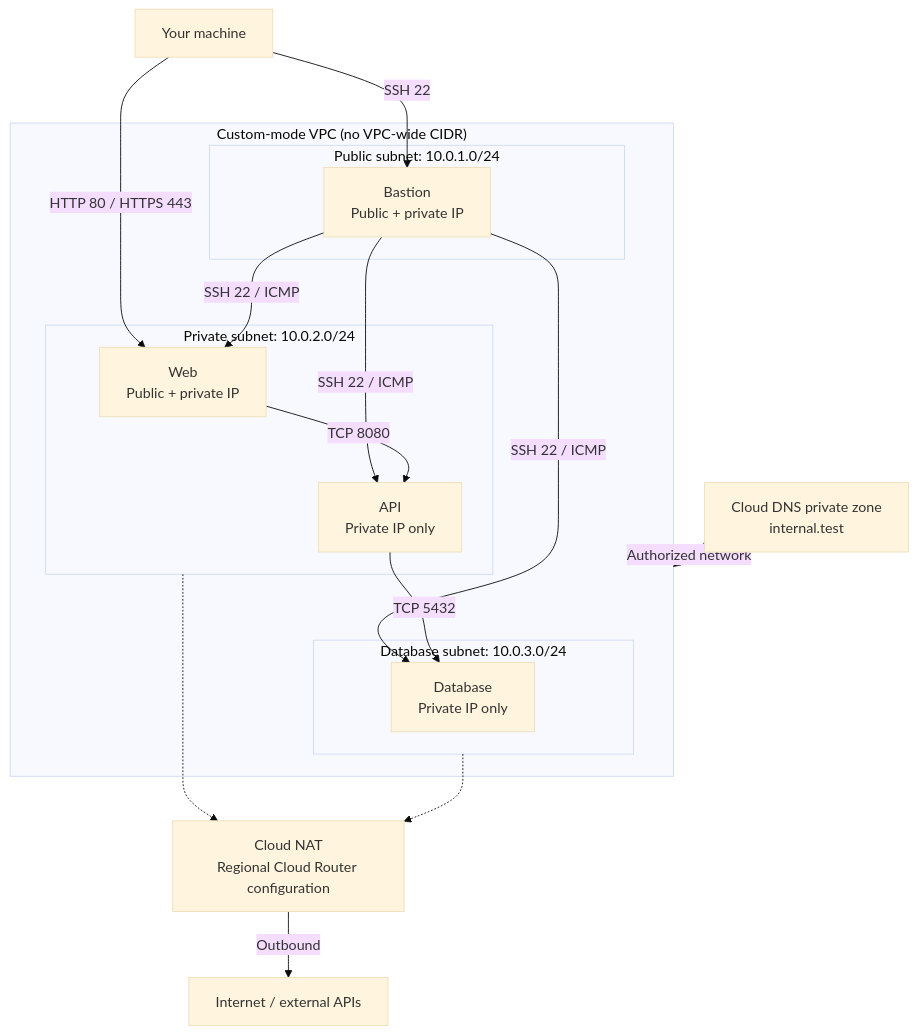
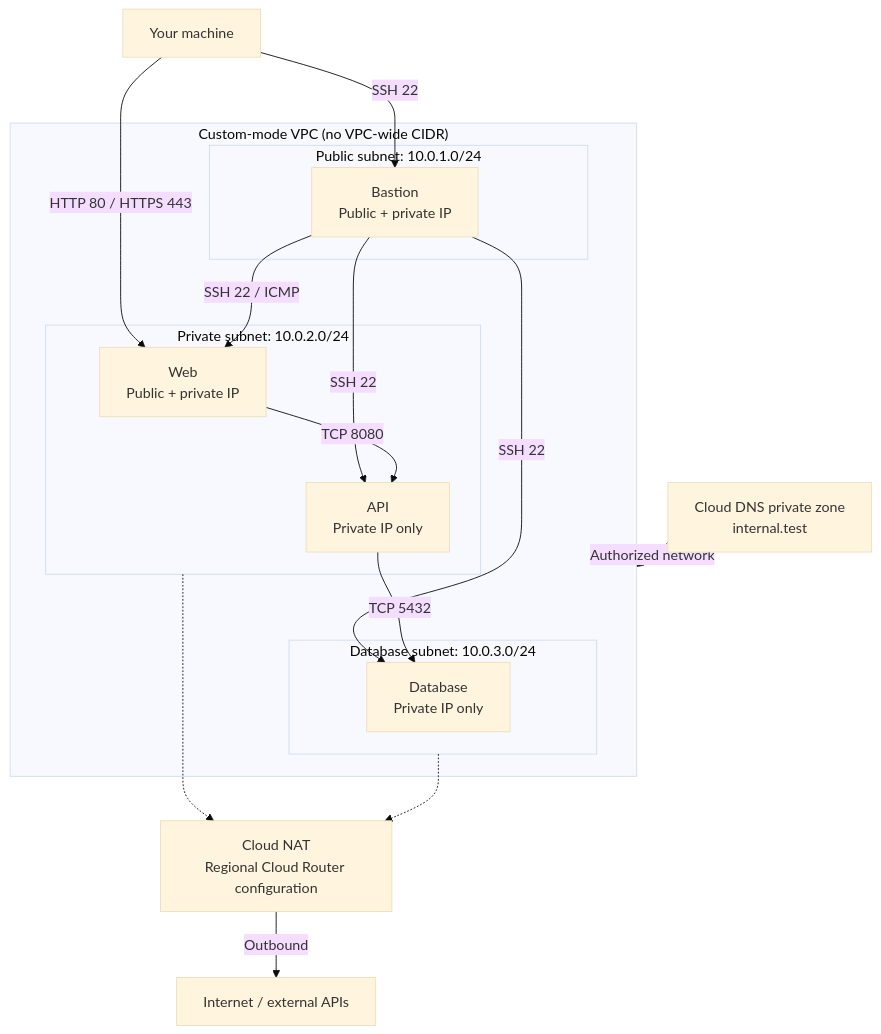
One commit to learntocloud/networking-lab changed the diagram in gcp/README.md. Above: the diagram before and after it, drawn with Mermaid (base theme). The commit also changed other lines of this file and 31 other files, not shown here.

````diff
--- a/gcp/README.md
+++ b/gcp/README.md
@@ -5,32 +5,32 @@
 ```mermaid
 flowchart TB
     client["Your machine"]
     internet["Internet / external APIs"]
     nat["Cloud NAT<br/>Regional Cloud Router configuration"]
     dns["Cloud DNS private zone<br/>internal.test"]
 
     subgraph vpc["Custom-mode VPC (no VPC-wide CIDR)"]
         subgraph public["Public subnet: 10.0.1.0/24"]
             bastion["Bastion<br/>Public + private IP"]
         end
         subgraph private["Private subnet: 10.0.2.0/24"]
             web["Web<br/>Public + private IP"]
             api["API<br/>Private IP only"]
         end
         subgraph database["Database subnet: 10.0.3.0/24"]
             db["Database<br/>Private IP only"]
         end
     end
 
     client -->|"SSH 22"| bastion
     client -->|"HTTP 80 / HTTPS 443"| web
     bastion -->|"SSH 22 / ICMP"| web
-    bastion -->|"SSH 22 / ICMP"| api
-    bastion -->|"SSH 22 / ICMP"| db
+    bastion -->|"SSH 22"| api
+    bastion -->|"SSH 22"| db
     web -->|"TCP 8080"| api
     api -->|"TCP 5432"| db
     private -.-> nat
     database -.-> nat
     nat -->|"Outbound"| internet
     dns -.->|"Authorized network"| vpc
 ```
````
